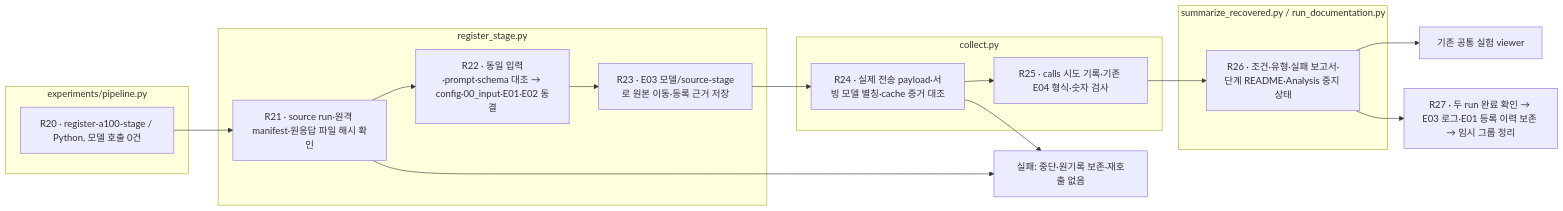
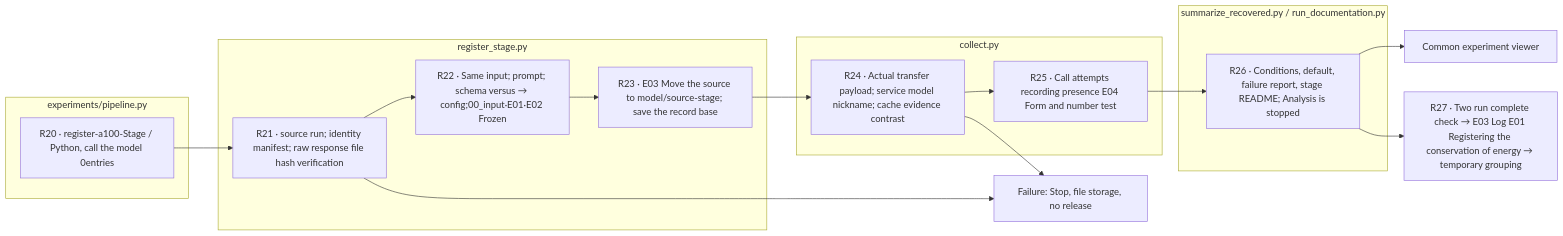
One commit to pnu-clink/finject changed the fourth of 5 diagrams in src/finarch/documentation/templates/experiments-a100.md. Above: the diagram before and after it, drawn with Mermaid. The commit also changed other lines of this file and 644 other files, not shown here.

````diff
--- a/src/finarch/documentation/templates/experiments-a100.md
+++ b/src/finarch/documentation/templates/experiments-a100.md
@@ -145,22 +145,22 @@
 ```mermaid
 flowchart LR
  subgraph entry[experiments/pipeline.py]
-  C["R20 · register-a100-stage / Python, 모델 호출 0건"]
+  C["R20 · register-a100-Stage / Python, call the model 0entries"]
  end
  subgraph registration[register_stage.py]
-  C --> H["R21 · source run·원격 manifest·원응답 파일 해시 확인"]
-  H --> D["R22 · 동일 입력·prompt·schema 대조 → config·00_input·E01·E02 동결"]
-  D --> S["R23 · E03 모델/source-stage로 원본 이동·등록 근거 저장"]
+  C --> H["R21 · source run; identity manifest; raw response file hash verification"]
+  H --> D["R22 · Same input; prompt; schema versus → config;00_input·E01·E02 Frozen"]
+  D --> S["R23 · E03 Move the source to model/source-stage; save the record base"]
  end
  subgraph collection[collect.py]
-  S --> P["R24 · 실제 전송 payload·서빙 모델 별칭·cache 증거 대조"]
-  P --> V["R25 · calls 시도 기록·기존 E04 형식·숫자 검사"]
+  S --> P["R24 · Actual transfer payload; service model nickname; cache evidence contrast"]
+  P --> V["R25 · Call attempts recording presence E04 Form and number test"]
  end
  subgraph reporting[summarize_recovered.py / run_documentation.py]
-  V --> O["R26 · 조건·유형·실패 보고서·단계 README·Analysis 중지 상태"]
+  V --> O["R26 · Conditions, default, failure report, stage README; Analysis is stopped"]
  end
-  O --> W["기존 공통 실험 viewer"]
-  O --> GH["R27 · 두 run 완료 확인 → E03 로그·E01 등록 이력 보존 → 임시 그룹 정리"]
- H --> F["실패: 중단·원기록 보존·재호출 없음"]
+  O --> W["Common experiment viewer"]
+  O --> GH["R27 · Two run complete check → E03 Log E01 Registering the conservation of energy → temporary grouping"]
+ H --> F["Failure: Stop, file storage, no release"]
  P --> F
 ```
````
